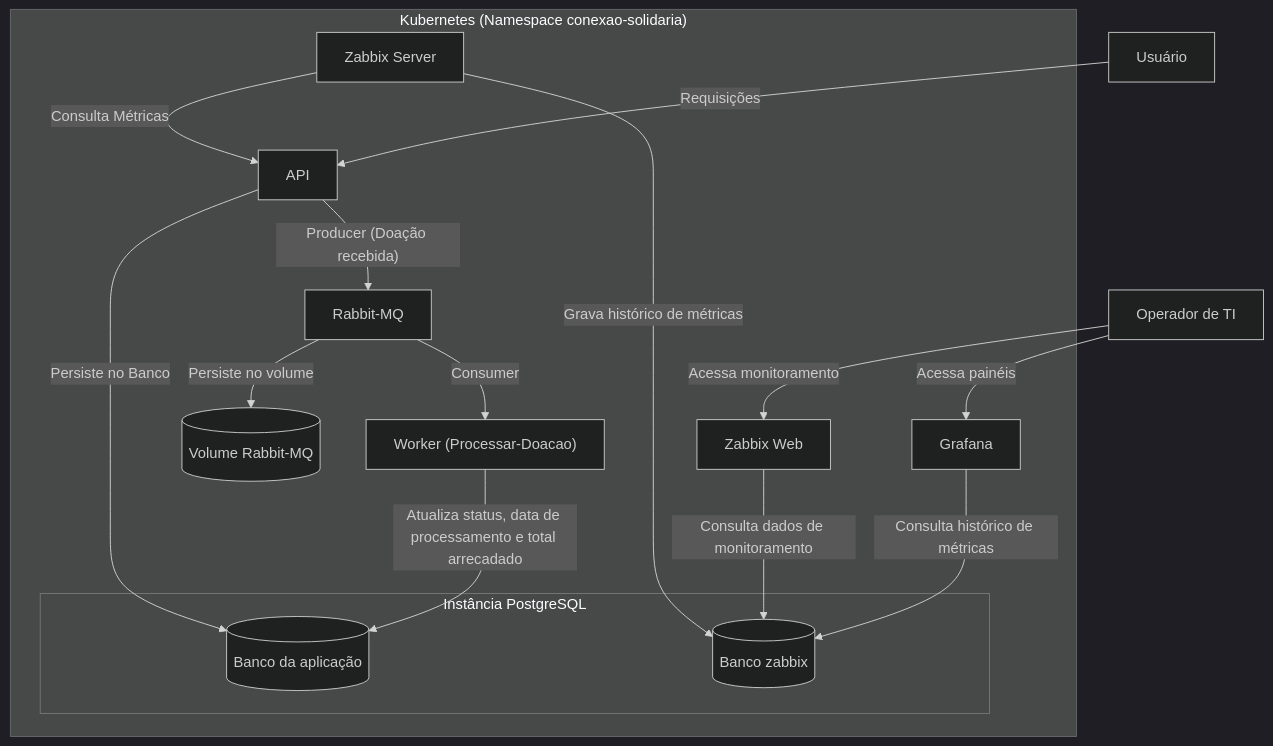
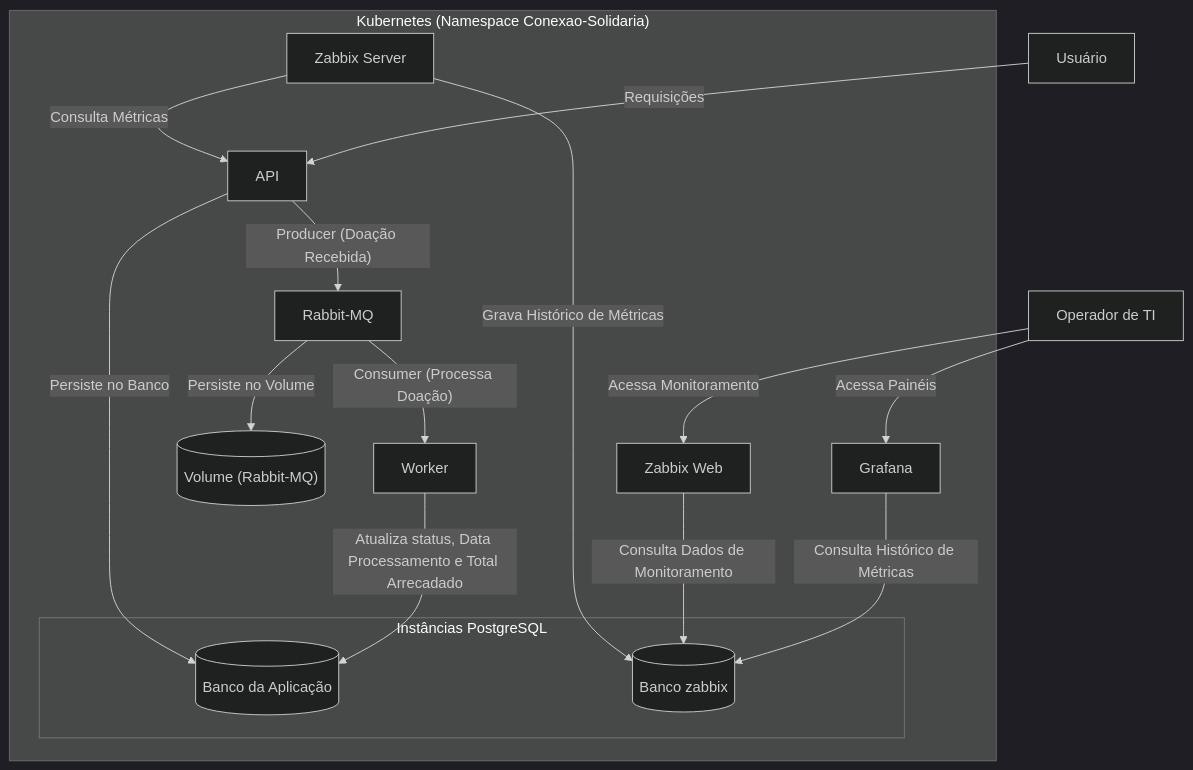
One commit to fabioschaffer/ConexaoSolidaria changed the diagram in README.md. Above: the diagram before and after it, drawn with Mermaid (dark theme).

Commit message:
docs: clarify Kubernetes architecture diagram
Update component naming, capitalization, relationship labels, and PostgreSQL documentation in the README. Clarify the shared PostgreSQL instance and its separate application and Zabbix databases used by the API and Worker.

````diff
--- a/README.md
+++ b/README.md
@@ -11,36 +11,36 @@
 ```mermaid
 flowchart TB
     Cliente["Usuário"]
     Operador["Operador de TI"]
 
-    subgraph K8s["Kubernetes (Namespace conexao-solidaria)"]
+    subgraph K8s["Kubernetes (Namespace Conexao-Solidaria)"]
         API["API"]
         Rabbit["Rabbit-MQ"]
-        Worker["Worker (Processar-Doacao)"]
-        RabbitDisk[("Volume Rabbit-MQ")]
+        Worker["Worker"]
+        RabbitDisk[("Volume (Rabbit-MQ)")]
 
-        subgraph PG["Instância PostgreSQL"]
-            AppDB[("Banco da aplicação")]
+        subgraph PG["Instâncias PostgreSQL"]
+            AppDB[("Banco da Aplicação")]
             ZabbixDB[("Banco zabbix")]
         end
 
         Zabbix["Zabbix Server"]
         ZabbixWeb["Zabbix Web"]
         Grafana["Grafana"]
 
         API -->|"Persiste no Banco"| AppDB
-        API -->|"Producer (Doação recebida)"| Rabbit
-        Rabbit -->|"Consumer"| Worker
-        Rabbit -->|"Persiste no volume"| RabbitDisk
-        Worker -->|"Atualiza status, data de processamento e total arrecadado"| AppDB
+        API -->|"Producer (Doação Recebida)"| Rabbit
+        Rabbit -->|"Consumer (Processa Doação)"| Worker
+        Rabbit -->|"Persiste no Volume"| RabbitDisk
+        Worker -->|"Atualiza status, Data Processamento e Total Arrecadado"| AppDB
 
         Zabbix -->|"Consulta Métricas"| API
-        Zabbix -->|"Grava histórico de métricas"| ZabbixDB
-        ZabbixWeb -->|"Consulta dados de monitoramento"| ZabbixDB
-        Grafana -->|"Consulta histórico de métricas"| ZabbixDB
+        Zabbix -->|"Grava Histórico de Métricas"| ZabbixDB
+        ZabbixWeb -->|"Consulta Dados de Monitoramento"| ZabbixDB
+        Grafana -->|"Consulta Histórico de Métricas"| ZabbixDB
     end
 
     Cliente -->|"Requisições"| API
-    Operador -->|"Acessa painéis"| Grafana
-    Operador -->|"Acessa monitoramento"| ZabbixWeb
+    Operador -->|"Acessa Painéis"| Grafana
+    Operador -->|"Acessa Monitoramento"| ZabbixWeb
 ```
````
